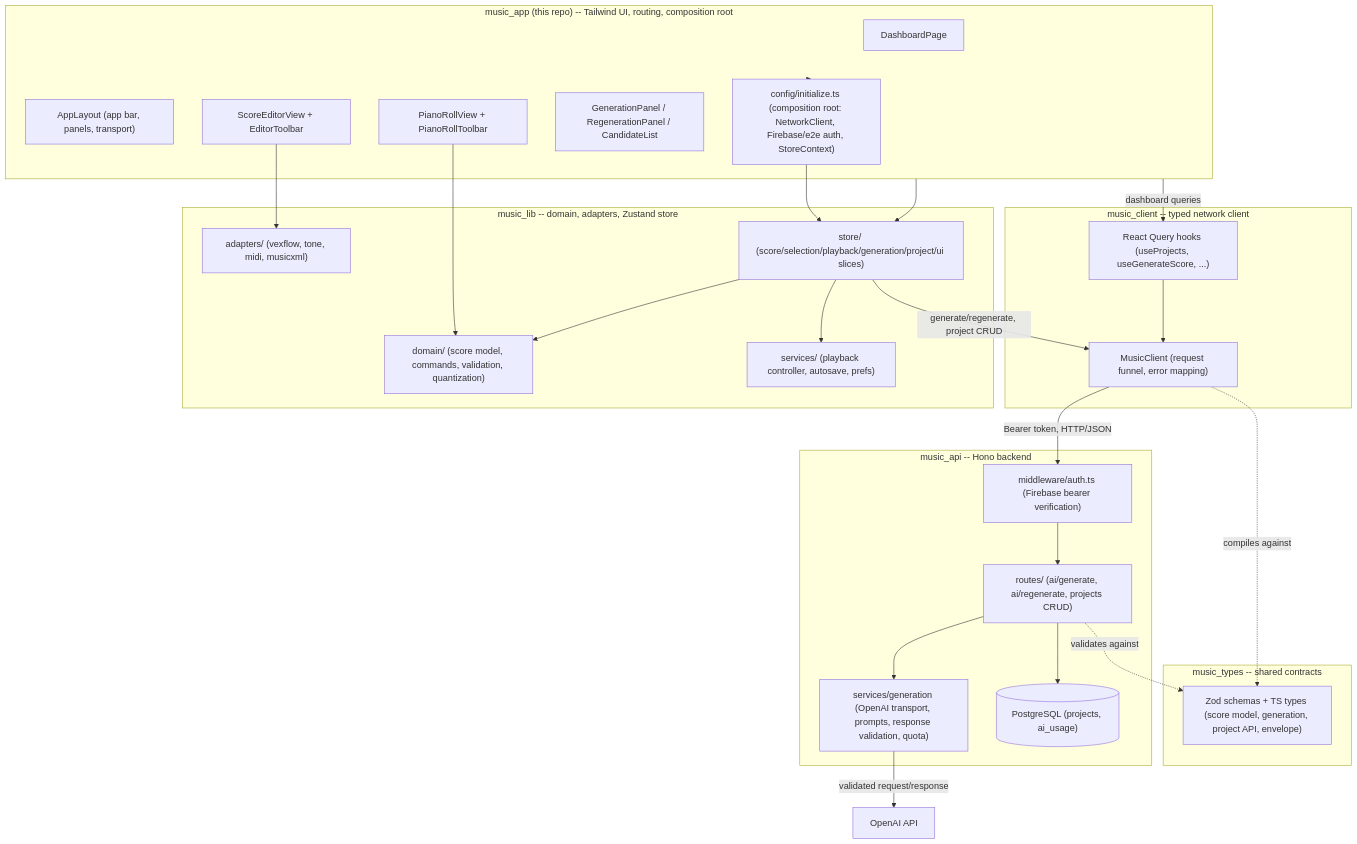
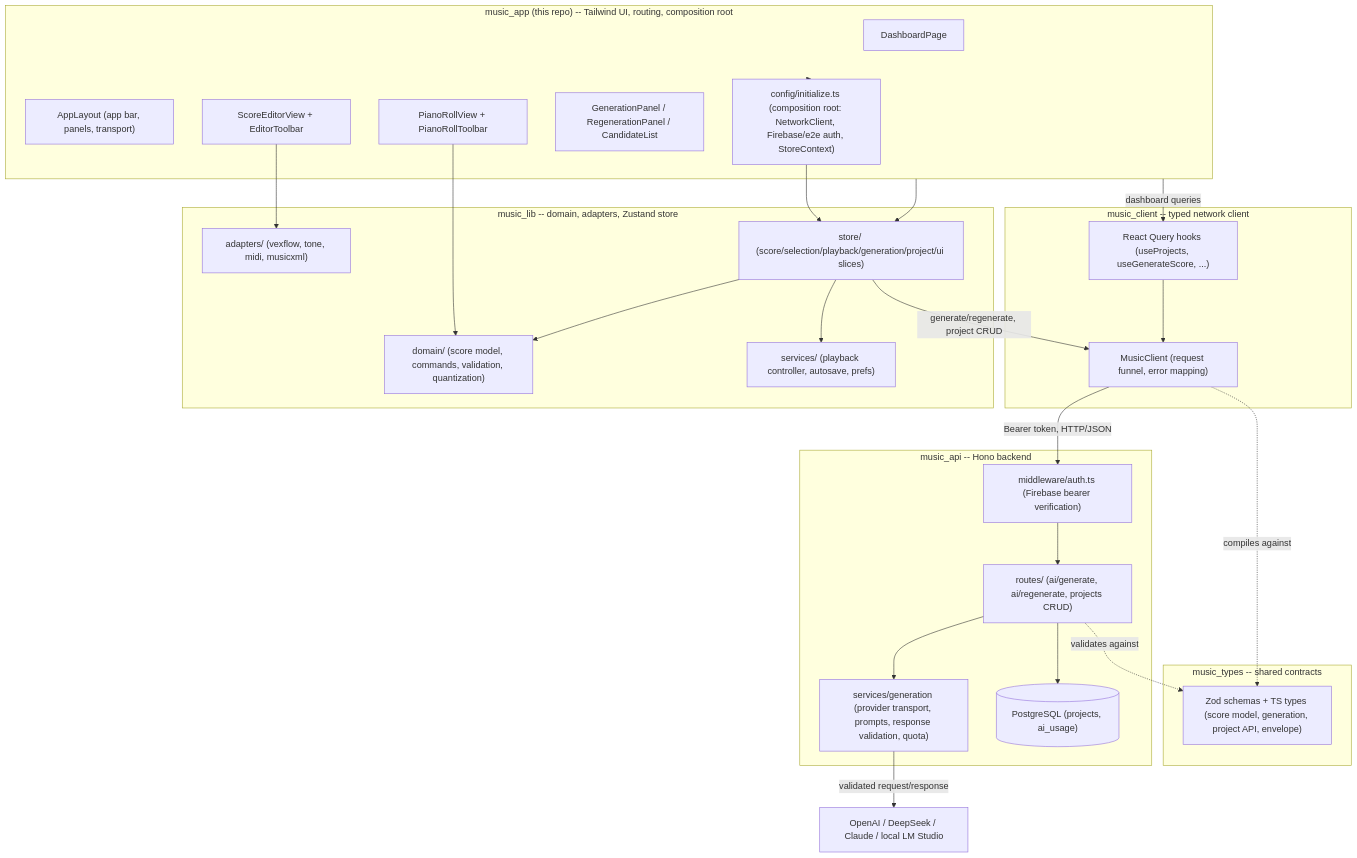
One commit to johnqh/music_app changed the diagram in docs/architecture.md. Above: the diagram before and after it, drawn with Mermaid. The commit also changed other lines of this file and 14 other files, not shown here.

First line of the commit message:
feat: support multi-provider AI generation and bump version to 0.2.160

````diff
--- a/docs/architecture.md
+++ b/docs/architecture.md
@@ -42,52 +42,52 @@
 ```mermaid
 flowchart TB
     subgraph App["music_app (this repo) -- Tailwind UI, routing, composition root"]
         Dashboard["DashboardPage"]
         AppLayout["AppLayout (app bar, panels, transport)"]
         ScoreEditorView["ScoreEditorView + EditorToolbar"]
         PianoRollView["PianoRollView + PianoRollToolbar"]
         Generation["GenerationPanel / RegenerationPanel / CandidateList"]
         Init["config/initialize.ts (composition root: NetworkClient, Firebase/e2e auth, StoreContext)"]
     end
 
     subgraph Lib["music_lib -- domain, adapters, Zustand store"]
         Store["store/ (score/selection/playback/generation/project/ui slices)"]
         Domain["domain/ (score model, commands, validation, quantization)"]
         Adapters["adapters/ (vexflow, tone, midi, musicxml)"]
         Services["services/ (playback controller, autosave, prefs)"]
     end
 
     subgraph Client["music_client -- typed network client"]
         MusicClient["MusicClient (request funnel, error mapping)"]
         Hooks["React Query hooks (useProjects, useGenerateScore, ...)"]
     end
 
     subgraph Types["music_types -- shared contracts"]
         Schemas["Zod schemas + TS types (score model, generation, project API, envelope)"]
     end
 
     subgraph Api["music_api -- Hono backend"]
         Routes["routes/ (ai/generate, ai/regenerate, projects CRUD)"]
         AuthMw["middleware/auth.ts (Firebase bearer verification)"]
-        GenSvc["services/generation (OpenAI transport, prompts, response validation, quota)"]
+        GenSvc["services/generation (provider transport, prompts, response validation, quota)"]
         DB[("PostgreSQL (projects, ai_usage)")]
     end
 
     App --> Init
     Init --> Store
     App --> Store
     ScoreEditorView --> Adapters
     PianoRollView --> Domain
     Store --> Domain
     Store --> Services
     Store -->|generate/regenerate, project CRUD| MusicClient
     App -->|dashboard queries| Hooks
     Hooks --> MusicClient
     MusicClient -->|Bearer token, HTTP/JSON| AuthMw
     AuthMw --> Routes
     Routes --> GenSvc
     Routes --> DB
-    GenSvc -->|validated request/response| OpenAI["OpenAI API"]
+    GenSvc -->|validated request/response| Models["OpenAI / DeepSeek / Claude / local LM Studio"]
     MusicClient -.->|compiles against| Schemas
     Routes -.->|validates against| Schemas
 ```
````
